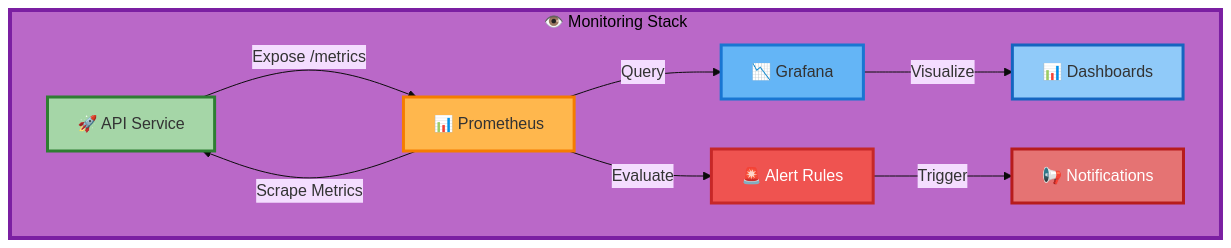
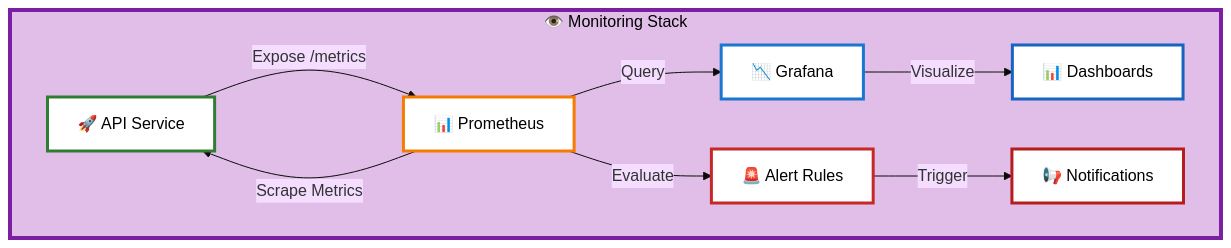
One commit to 2024aa05820/heart-disease-mlops changed the ninth of 9 diagrams in README.md. Above: the diagram before and after it, drawn with Mermaid (base theme). The commit also changed other lines of this file, not shown here.

First line of the commit message:
Fix Mermaid diagram text visibility - use white backgrounds for nodes

````diff
--- a/README.md
+++ b/README.md
@@ -716,19 +716,19 @@
 ```mermaid
 graph TB
     subgraph MON_STACK["👁️ Monitoring Stack"]
         API["🚀 API Service"] -->|Expose /metrics| PROM["📊 Prometheus"]
         PROM -->|Scrape Metrics| API
         PROM -->|Query| GRAF["📉 Grafana"]
         GRAF -->|Visualize| DASH["📊 Dashboards"]
         PROM -->|Evaluate| ALERT["🚨 Alert Rules"]
         ALERT -->|Trigger| NOTIFY["📢 Notifications"]
     end
     
-    style MON_STACK fill:#BA68C8,stroke:#7B1FA2,stroke-width:4px,color:#000
-    style API fill:#A5D6A7,stroke:#2E7D32,stroke-width:3px
-    style PROM fill:#FFB74D,stroke:#F57C00,stroke-width:3px
-    style GRAF fill:#64B5F6,stroke:#1976D2,stroke-width:3px
-    style DASH fill:#90CAF9,stroke:#1565C0,stroke-width:3px
-    style ALERT fill:#EF5350,stroke:#C62828,stroke-width:3px,color:#FFF
-    style NOTIFY fill:#E57373,stroke:#B71C1C,stroke-width:3px,color:#FFF
+    style MON_STACK fill:#E1BEE7,stroke:#7B1FA2,stroke-width:4px,color:#000000
+    style API fill:#FFFFFF,stroke:#2E7D32,stroke-width:3px,color:#000000
+    style PROM fill:#FFFFFF,stroke:#F57C00,stroke-width:3px,color:#000000
+    style GRAF fill:#FFFFFF,stroke:#1976D2,stroke-width:3px,color:#000000
+    style DASH fill:#FFFFFF,stroke:#1565C0,stroke-width:3px,color:#000000
+    style ALERT fill:#FFFFFF,stroke:#C62828,stroke-width:3px,color:#000000
+    style NOTIFY fill:#FFFFFF,stroke:#B71C1C,stroke-width:3px,color:#000000
 ```
````
